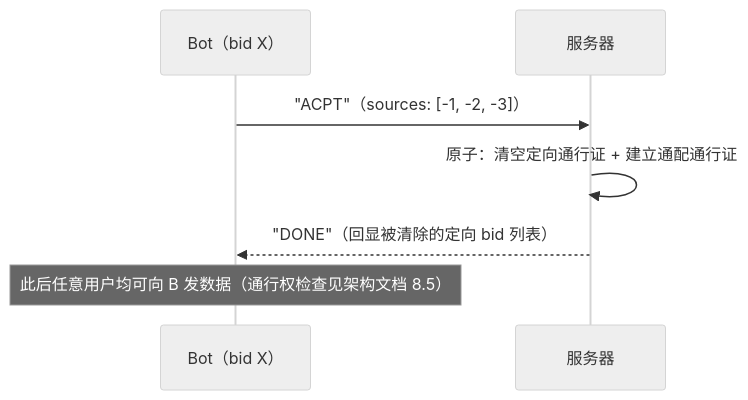
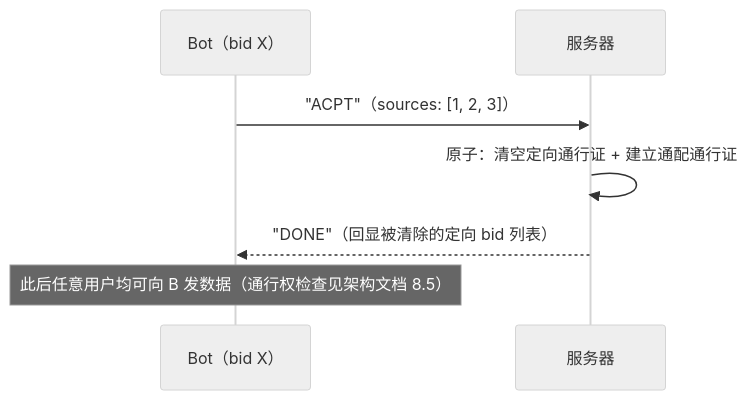
The seventh of 11 diagrams in docs/workflow.md (moky/magpie), drawn with Mermaid (neutral theme) before and after one commit. The commit also changed other lines of this file and 12 other files, not shown here.

````diff
--- a/docs/workflow.md
+++ b/docs/workflow.md
@@ -180,10 +180,10 @@
 ```mermaid
 sequenceDiagram
     participant B as Bot（bid X）
     participant S as 服务器
 
-    B->>S: "ACPT"（sources: [-1, -2, -3]）
+    B->>S: "ACPT"（sources: [1, 2, 3]）
     S->>S: 原子：清空定向通行证 + 建立通配通行证
     S-->>B: "DONE"（回显被清除的定向 bid 列表）
     Note over B: 此后任意用户均可向 B 发数据（通行权检查见架构文档 8.5）
 ```
````
